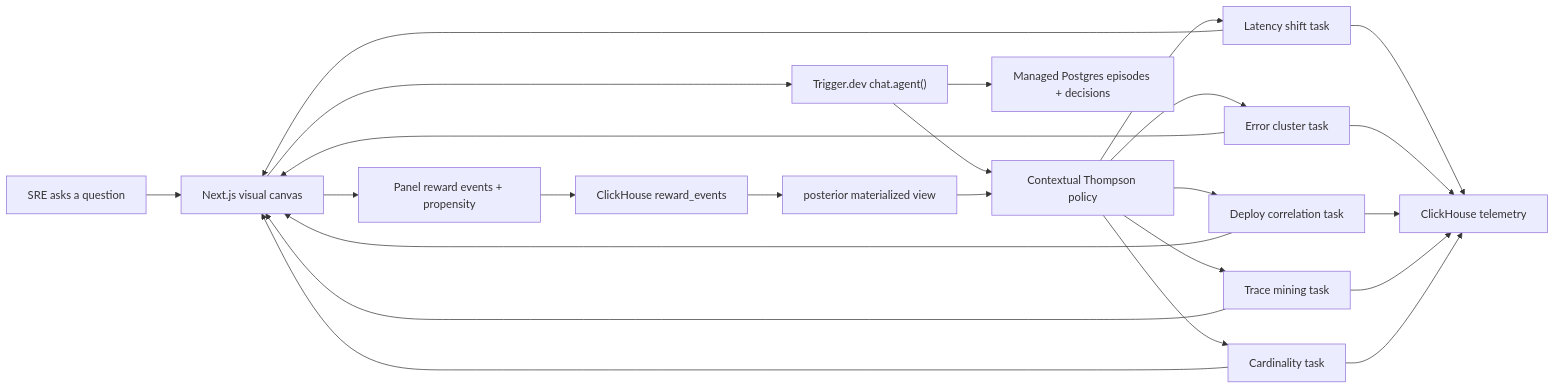
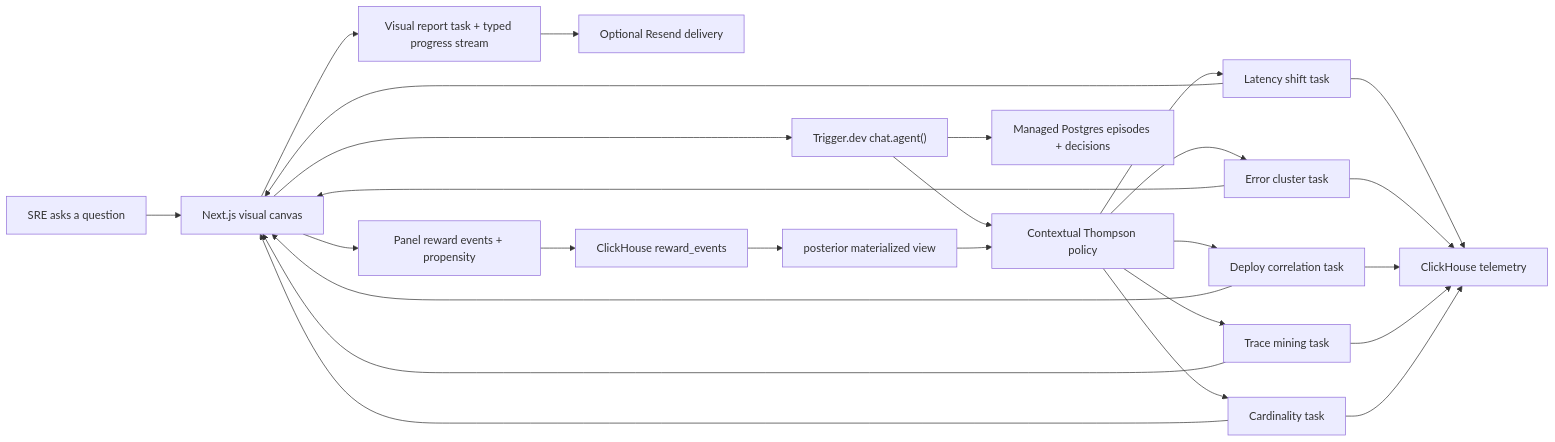
One commit to akhand0/trinetra changed the diagram in README.md. Above: the diagram before and after it, drawn with Mermaid. The commit also changed other lines of this file and 12 other files, not shown here.

Commit message:
Add streamed visual report workflow

````diff
--- a/README.md
+++ b/README.md
@@ -26,18 +27,20 @@
 ```mermaid
 flowchart LR
     U["SRE asks a question"] --> UI["Next.js visual canvas"]
     UI --> A["Trigger.dev chat.agent()"]
     A --> P["Contextual Thompson policy"]
     P --> L["Latency shift task"]
     P --> E["Error cluster task"]
     P --> D["Deploy correlation task"]
     P --> T["Trace mining task"]
     P --> C["Cardinality task"]
     L & E & D & T & C --> CH["ClickHouse telemetry"]
     L & E & D & T & C --> UI
+    UI --> VR["Visual report task + typed progress stream"]
+    VR --> EM["Optional Resend delivery"]
     UI --> R["Panel reward events + propensity"]
     R --> CHR["ClickHouse reward_events"]
     CHR --> MV["posterior materialized view"]
     MV --> P
     A --> PG["Managed Postgres episodes + decisions"]
 ```
````
